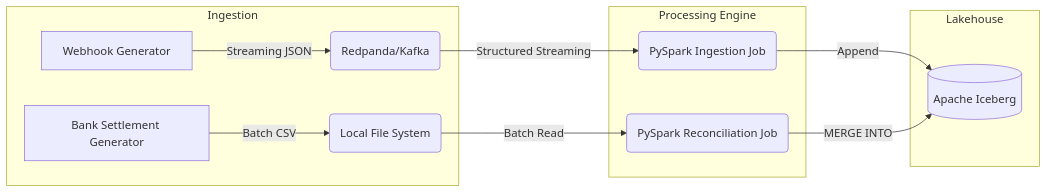
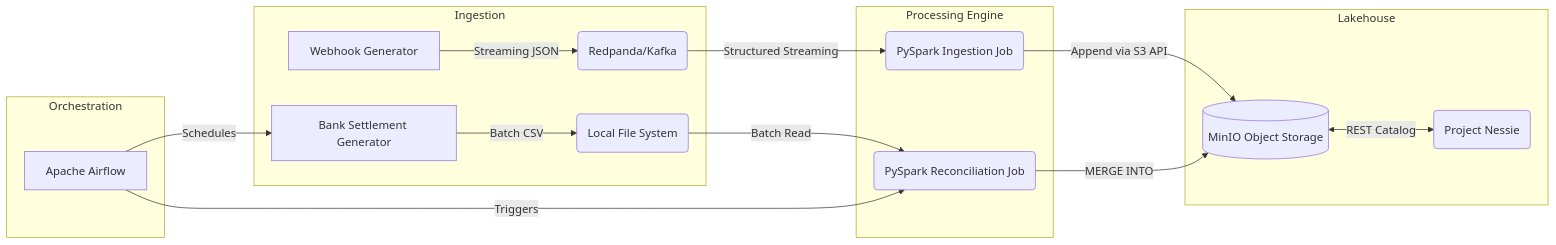
Before and after one commit to DhanushPillay/tx-recon: the diagram in README.md, drawn with Mermaid. The commit also changed other lines of this file, not shown here.

Commit message:
Update README with new architecture and usage

````diff
--- a/README.md
+++ b/README.md
@@ -12,17 +12,23 @@
 ```mermaid
 flowchart LR
     subgraph Ingestion
         W[Webhook Generator] -->|Streaming JSON| K(Redpanda/Kafka)
         S[Bank Settlement Generator] -->|Batch CSV| D(Local File System)
     end
 
     subgraph Processing Engine
         K -->|Structured Streaming| P1(PySpark Ingestion Job)
         D -->|Batch Read| P2(PySpark Reconciliation Job)
     end
 
     subgraph Lakehouse
-        P1 -->|Append| I[(Apache Iceberg)]
+        P1 -->|Append via S3 API| I[(MinIO Object Storage)]
         P2 -->|MERGE INTO| I
+        I <-->|REST Catalog| N(Project Nessie)
+    end
+    
+    subgraph Orchestration
+        A[Apache Airflow] -->|Schedules| S
+        A -->|Triggers| P2
     end
 ```
````
